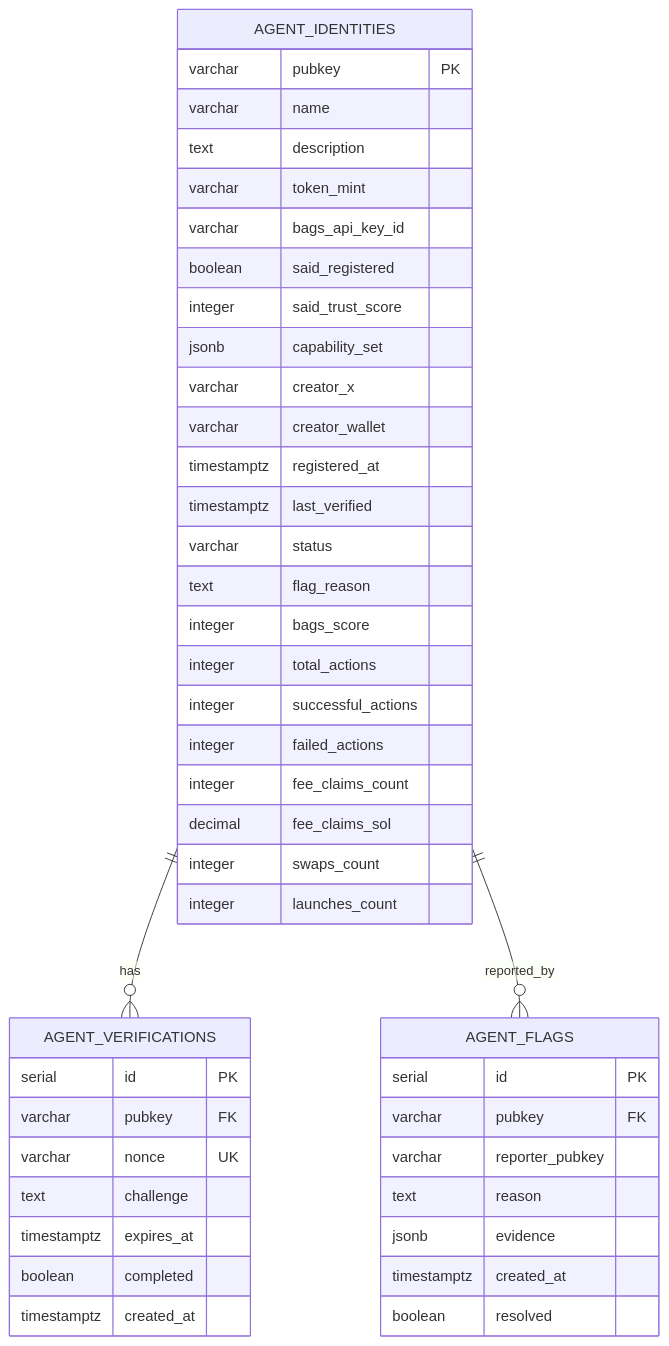
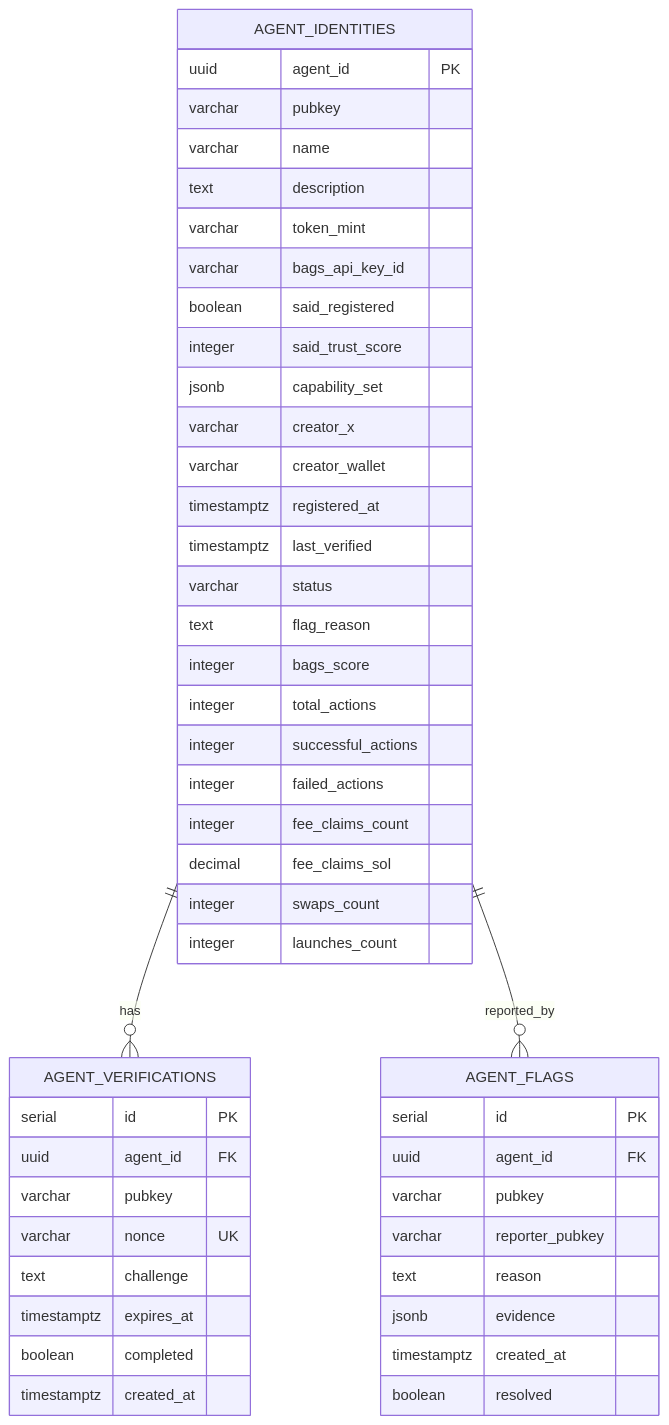
One commit to RunTimeAdmin/AgentID changed the fifth of 6 diagrams in .qoder/repowiki/en/content/Service Layer/Authentication Services.md. Above: the diagram before and after it, drawn with Mermaid. The commit also changed other lines of this file and 31 other files, not shown here.

````diff
--- a/.qoder/repowiki/en/content/Service Layer/Authentication Services.md
+++ b/.qoder/repowiki/en/content/Service Layer/Authentication Services.md
@@ -302,47 +305,50 @@
 ```mermaid
 erDiagram
 AGENT_IDENTITIES {
-varchar pubkey PK
+uuid agent_id PK
+varchar pubkey
 varchar name
 text description
 varchar token_mint
 varchar bags_api_key_id
 boolean said_registered
 integer said_trust_score
 jsonb capability_set
 varchar creator_x
 varchar creator_wallet
 timestamptz registered_at
 timestamptz last_verified
 varchar status
 text flag_reason
 integer bags_score
 integer total_actions
 integer successful_actions
 integer failed_actions
 integer fee_claims_count
 decimal fee_claims_sol
 integer swaps_count
 integer launches_count
 }
 AGENT_VERIFICATIONS {
 serial id PK
-varchar pubkey FK
+uuid agent_id FK
+varchar pubkey
 varchar nonce UK
 text challenge
 timestamptz expires_at
 boolean completed
 timestamptz created_at
 }
 AGENT_FLAGS {
 serial id PK
-varchar pubkey FK
+uuid agent_id FK
+varchar pubkey
 varchar reporter_pubkey
 text reason
 jsonb evidence
 timestamptz created_at
 boolean resolved
 }
 AGENT_IDENTITIES ||--o{ AGENT_VERIFICATIONS : "has"
 AGENT_IDENTITIES ||--o{ AGENT_FLAGS : "reported_by"
 ```
````
